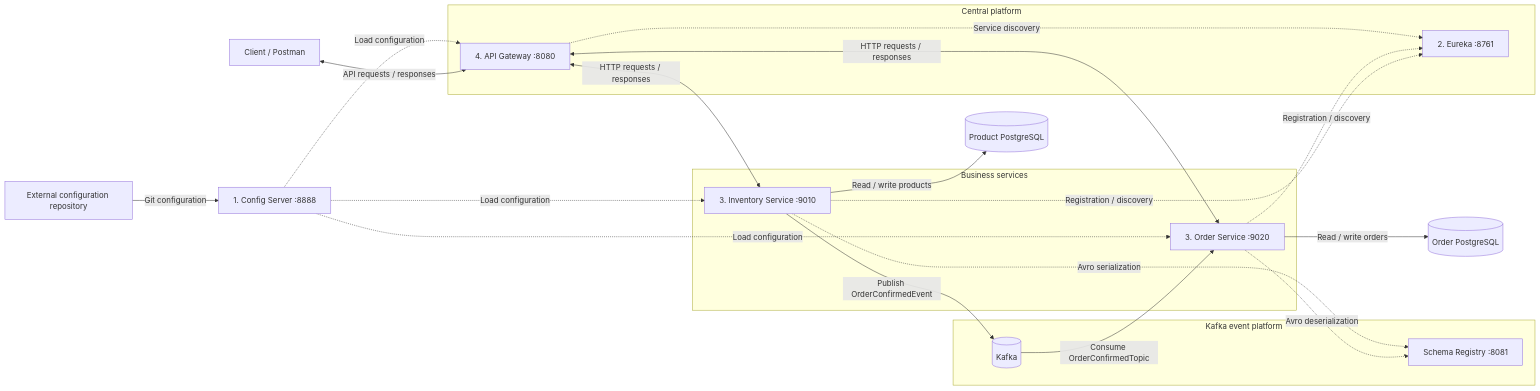
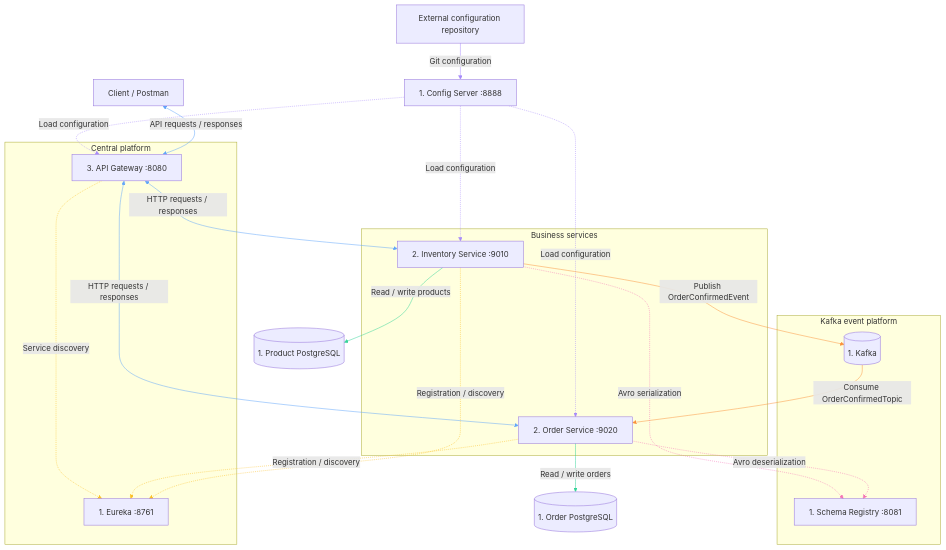
Before and after one commit to shubhgaur37/eCommerce: the first of 5 diagrams in README.md, drawn with Mermaid. The commit also changed other lines of this file, not shown here.

Commit message:
Updating Architecture diagram and startup order

````diff
--- a/README.md
+++ b/README.md
@@ -10,39 +10,46 @@
 ```mermaid
-flowchart LR
+flowchart TB
     configRepo["External configuration repository"] -->|"Git configuration"| configServer["1. Config Server :8888"]
 
     subgraph platform["Central platform"]
-        gateway["4. API Gateway :8080"]
-        discovery["2. Eureka :8761"]
+        gateway["3. API Gateway :8080"]
+        discovery["1. Eureka :8761"]
     end
 
     subgraph applications["Business services"]
-        order["3. Order Service :9020"]
-        inventory["3. Inventory Service :9010"]
+        order["2. Order Service :9020"]
+        inventory["2. Inventory Service :9010"]
     end
 
     configServer -. "Load configuration" .-> gateway
     configServer -. "Load configuration" .-> order
     configServer -. "Load configuration" .-> inventory
 
     client["Client / Postman"] <-->|"API requests / responses"| gateway
 
     gateway <-->|"HTTP requests / responses"| order
     gateway <-->|"HTTP requests / responses"| inventory
     gateway -. "Service discovery" .-> discovery
     order -. "Registration / discovery" .-> discovery
     inventory -. "Registration / discovery" .-> discovery
 
-    inventory -->|"Read / write products"| productDb[("Product PostgreSQL")]
-    order -->|"Read / write orders"| orderDb[("Order PostgreSQL")]
+    inventory -->|"Read / write products"| productDb[("1. Product PostgreSQL")]
+    order -->|"Read / write orders"| orderDb[("1. Order PostgreSQL")]
 
     subgraph events["Kafka event platform"]
-        kafka[(Kafka)]
-        schemaRegistry["Schema Registry :8081"]
+        kafka[("1. Kafka")]
+        schemaRegistry["1. Schema Registry :8081"]
     end
 
     inventory -->|"Publish OrderConfirmedEvent"| kafka
     kafka -->|"Consume OrderConfirmedTopic"| order
     inventory -. "Avro serialization" .-> schemaRegistry
     order -. "Avro deserialization" .-> schemaRegistry
+
+    linkStyle 0,1,2,3 stroke:#A78BFA
+    linkStyle 4,5,6 stroke:#60A5FA
+    linkStyle 7,8,9 stroke:#FBBF24
+    linkStyle 10,11 stroke:#34D399
+    linkStyle 12,13 stroke:#FB923C
+    linkStyle 14,15 stroke:#F472B6
 ```
````
